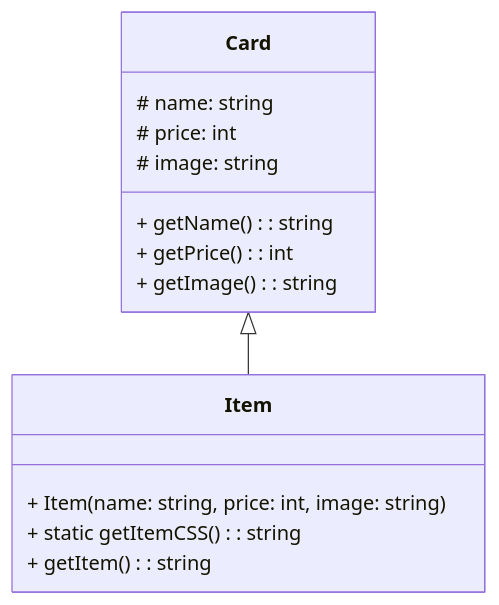
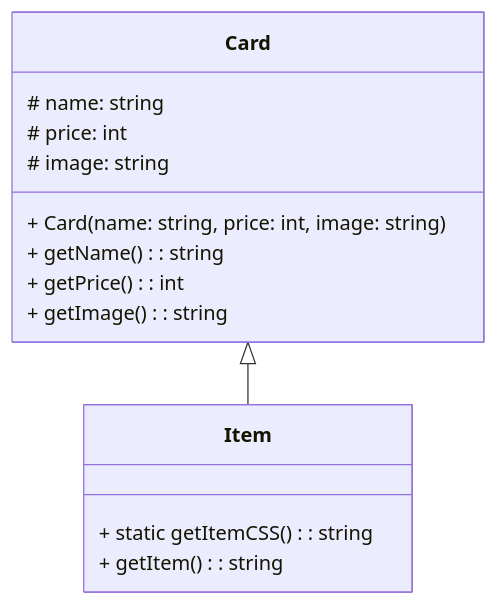
The diagram in README.md (AlexandrAnatoliev/send-invoice), drawn with Mermaid before and after one commit. The commit also changed 1 other file, not shown here.

Commit message:
fix(Items): remove __construct method

````diff
--- a/README.md
+++ b/README.md
@@ -69,21 +69,21 @@
 ```mermaid
 classDiagram
   
   class Card {
     # name: string
     # price: int
     # image: string
+    + Card(name: string, price: int, image: string)
     + getName(): string
     + getPrice(): int
     + getImage(): string
   }
 
   class Item {
-    + Item(name: string, price: int, image: string)
     + static getItemCSS(): string
     + getItem(): string
   }
 
   Card <|-- Item
 
 ```
````
